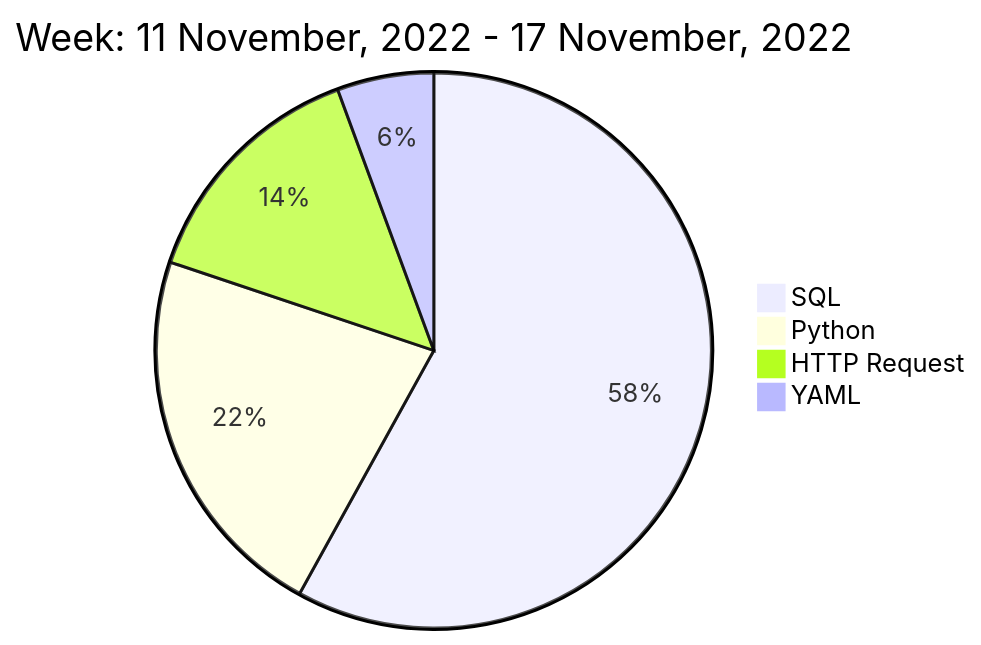
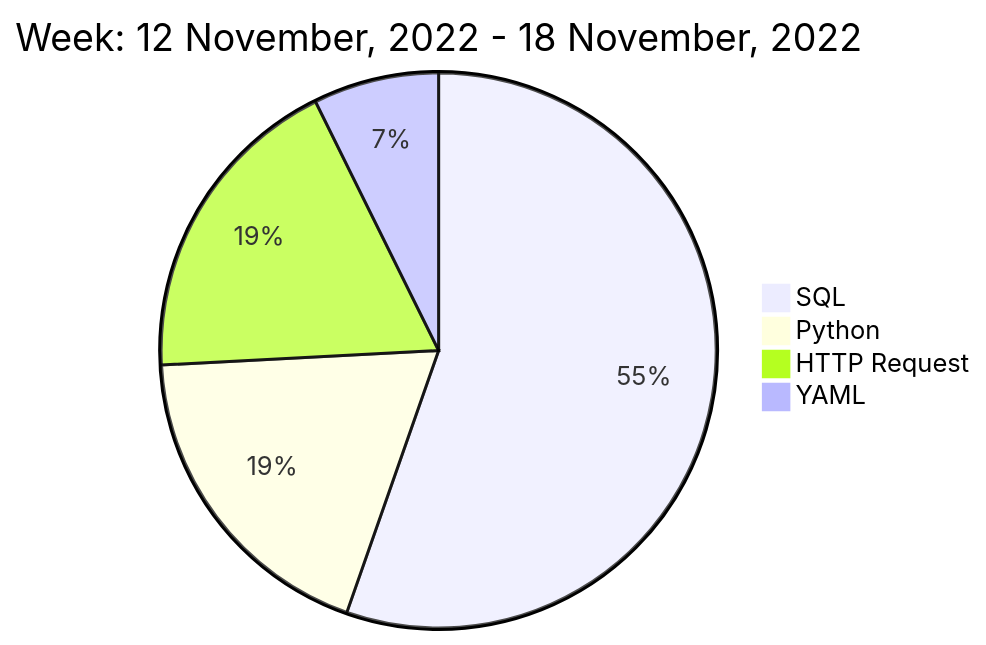
Before and after one commit to liubin95/liubin95: the diagram in README.md, drawn with Mermaid.

Commit message:
Updated the Graph with new Metrics

````diff
--- a/README.md
+++ b/README.md
@@ -40,8 +40,8 @@
 ```mermaid
  pie
-title Week: 11 November, 2022 - 17 November, 2022
- "SQL" : 7.95
- "Python" : 3.03
+title Week: 12 November, 2022 - 18 November, 2022
+ "SQL" : 5.83
+ "Python" : 1.98
  "HTTP Request" : 1.95
  "YAML" : 0.77
 ```
````
